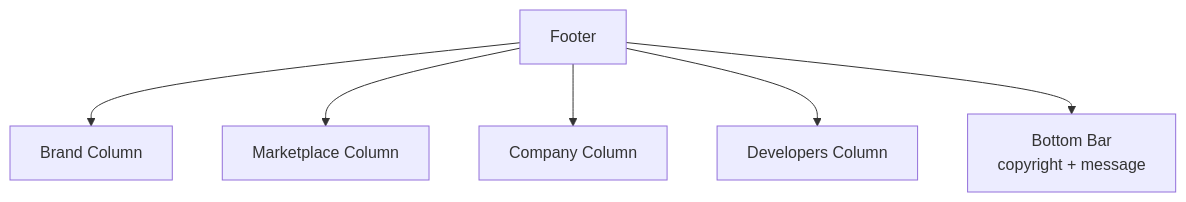
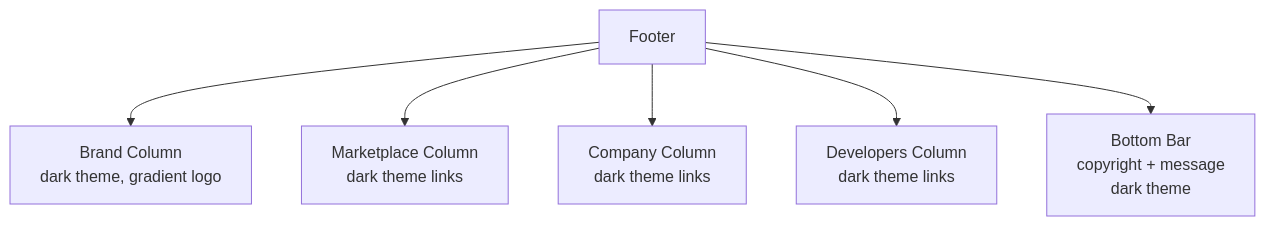
The fourth of 8 diagrams in .qoder/repowiki/en/content/UI Components/Layout Components.md (alikizang/datafrica), drawn with Mermaid before and after one commit. The commit also changed other lines of this file and 15 other files, not shown here.

````diff
--- a/.qoder/repowiki/en/content/UI Components/Layout Components.md
+++ b/.qoder/repowiki/en/content/UI Components/Layout Components.md
@@ -193,8 +228,8 @@
 ```mermaid
 flowchart TD
-F["Footer"] --> C1["Brand Column"]
-F --> C2["Marketplace Column"]
-F --> C3["Company Column"]
-F --> C4["Developers Column"]
-F --> BTM["Bottom Bar<br/>copyright + message"]
+F["Footer"] --> C1["Brand Column<br/>dark theme, gradient logo"]
+F --> C2["Marketplace Column<br/>dark theme links"]
+F --> C3["Company Column<br/>dark theme links"]
+F --> C4["Developers Column<br/>dark theme links"]
+F --> BTM["Bottom Bar<br/>copyright + message<br/>dark theme"]
 ```
````
